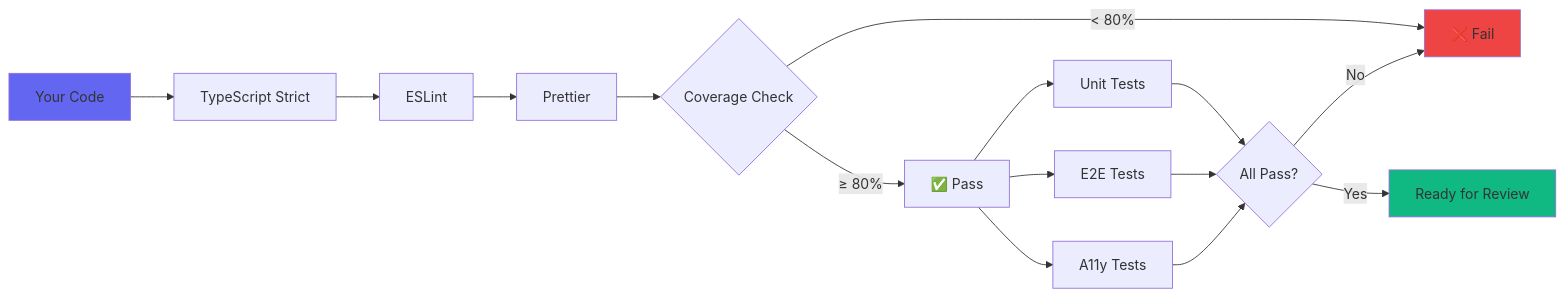
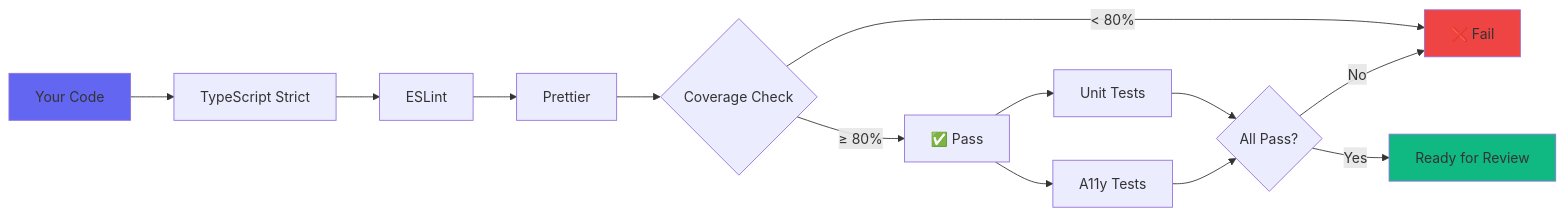
One commit to dmgrok/unconf changed the second of 4 diagrams in README.md. Above: the diagram before and after it, drawn with Mermaid. The commit also changed other lines of this file and 6 other files, not shown here.

````diff
--- a/README.md
+++ b/README.md
@@ -145,25 +142,23 @@
 ```mermaid
 graph LR
     A[Your Code] --> B[TypeScript Strict]
     B --> C[ESLint]
     C --> D[Prettier]
     D --> E{Coverage Check}
     
     E -->|< 80%| F[❌ Fail]
     E -->|≥ 80%| G[✅ Pass]
     
     G --> H[Unit Tests]
-    G --> I[E2E Tests]
-    G --> J[A11y Tests]
+    G --> I[A11y Tests]
     
     H --> K{All Pass?}
     I --> K
-    J --> K
     
     K -->|No| F
     K -->|Yes| L[Ready for Review]
     
     style A fill:#6366f1
     style L fill:#10b981
     style F fill:#ef4444
 ```
````
